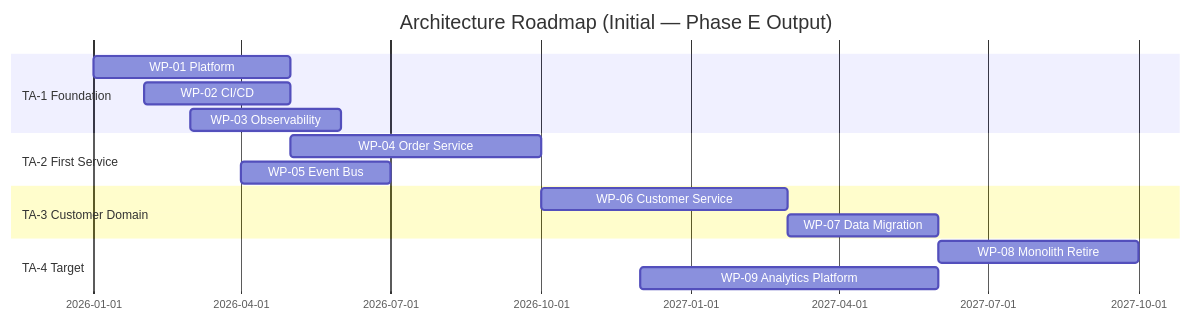
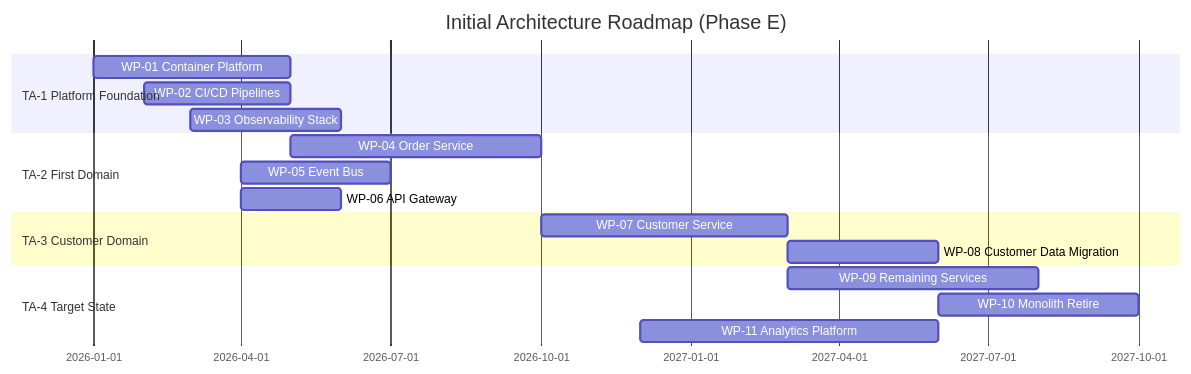
Before and after one commit to Yuvarajsfcloud/Knowledge-Library: the third of 3 diagrams in docs/knowledge/adm/opportunities-and-solutions.md, drawn with Mermaid. The commit also changed other lines of this file and 1 other file, not shown here.

````diff
--- a/docs/knowledge/adm/opportunities-and-solutions.md
+++ b/docs/knowledge/adm/opportunities-and-solutions.md
@@ -118,18 +243,20 @@
 ```mermaid
 gantt
-    title Architecture Roadmap (Initial — Phase E Output)
+    title Initial Architecture Roadmap (Phase E)
     dateFormat  YYYY-MM-DD
-    section TA-1 Foundation
-    WP-01 Platform                :a1, 2026-01-01, 4M
-    WP-02 CI/CD                   :a2, 2026-02-01, 3M
-    WP-03 Observability           :a3, 2026-03-01, 3M
-    section TA-2 First Service
+    section TA-1 Platform Foundation
+    WP-01 Container Platform      :a1, 2026-01-01, 4M
+    WP-02 CI/CD Pipelines         :a2, 2026-02-01, 3M
+    WP-03 Observability Stack     :a3, 2026-03-01, 3M
+    section TA-2 First Domain
     WP-04 Order Service           :b1, after a1, 5M
     WP-05 Event Bus               :b2, 2026-04-01, 3M
+    WP-06 API Gateway             :b3, 2026-04-01, 2M
     section TA-3 Customer Domain
-    WP-06 Customer Service        :c1, after b1, 5M
-    WP-07 Data Migration          :c2, after c1, 3M
-    section TA-4 Target
-    WP-08 Monolith Retire         :d1, after c2, 4M
-    WP-09 Analytics Platform      :d2, 2026-12-01, 6M
+    WP-07 Customer Service        :c1, after b1, 5M
+    WP-08 Customer Data Migration :c2, after c1, 3M
+    section TA-4 Target State
+    WP-09 Remaining Services      :d1, after c1, 5M
+    WP-10 Monolith Retire         :d2, after c2, 4M
+    WP-11 Analytics Platform      :d3, 2026-12-01, 6M
 ```
````
